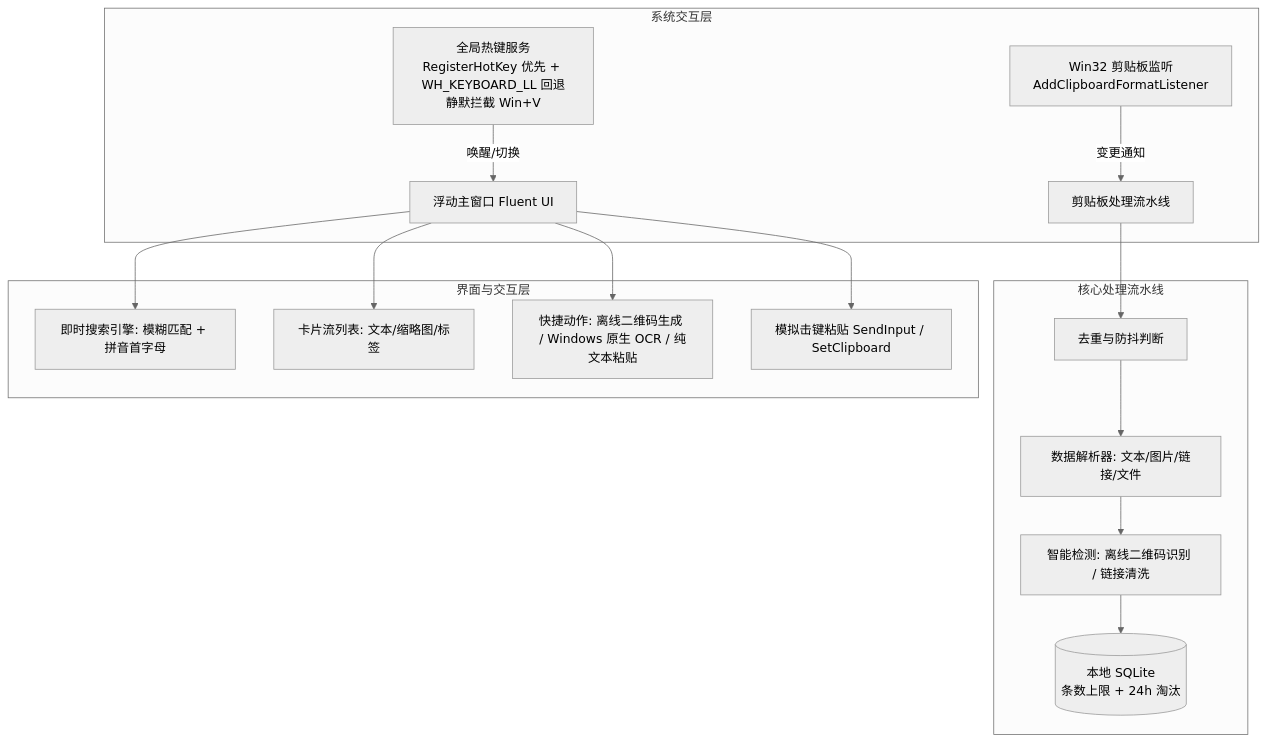
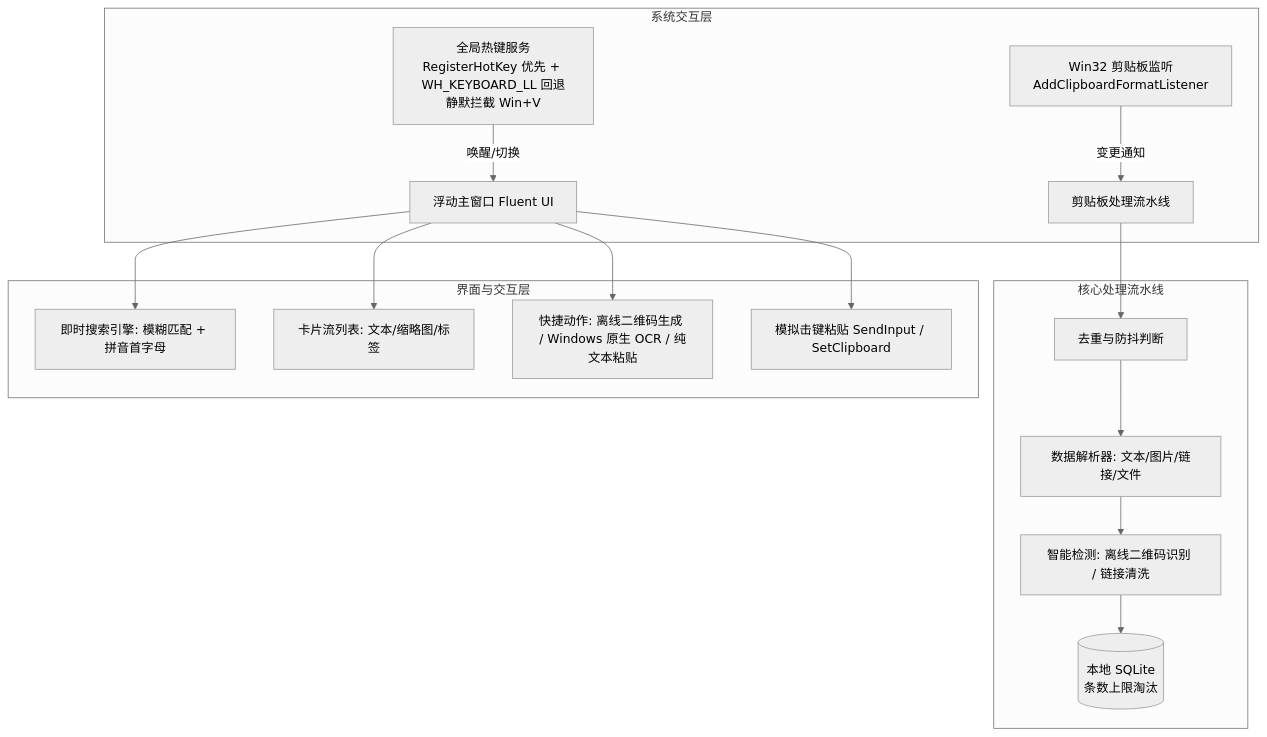
Before and after one commit to soldier-cv/quick-clip: the diagram in docs/DESIGN.md, drawn with Mermaid (neutral theme). The commit also changed other lines of this file and 19 other files, not shown here.

````diff
--- a/docs/DESIGN.md
+++ b/docs/DESIGN.md
@@ -9,21 +9,21 @@
 ```mermaid
 graph TD
     subgraph 系统交互层
         HK[全局热键服务<br>RegisterHotKey 优先 + WH_KEYBOARD_LL 回退<br>静默拦截 Win+V] -->|唤醒/切换| UI[浮动主窗口 Fluent UI]
         CBM[Win32 剪贴板监听<br>AddClipboardFormatListener] -->|变更通知| PIPE[剪贴板处理流水线]
     end
 
     subgraph 核心处理流水线
         PIPE --> DEDUP[去重与防抖判断]
         DEDUP --> PARSER[数据解析器: 文本/图片/链接/文件]
         PARSER --> SMART[智能检测: 离线二维码识别 / 链接清洗]
-        SMART --> DB[(本地 SQLite<br>条数上限 + 24h 淘汰)]
+        SMART --> DB[(本地 SQLite<br>条数上限淘汰)]
     end
 
     subgraph 界面与交互层
         UI --> SEARCH[即时搜索引擎: 模糊匹配 + 拼音首字母]
         UI --> LIST[卡片流列表: 文本/缩略图/标签]
         UI --> ACTIONS[快捷动作: 离线二维码生成 / Windows 原生 OCR / 纯文本粘贴]
         UI --> PASTE[模拟击键粘贴 SendInput / SetClipboard]
     end
 ```
````
